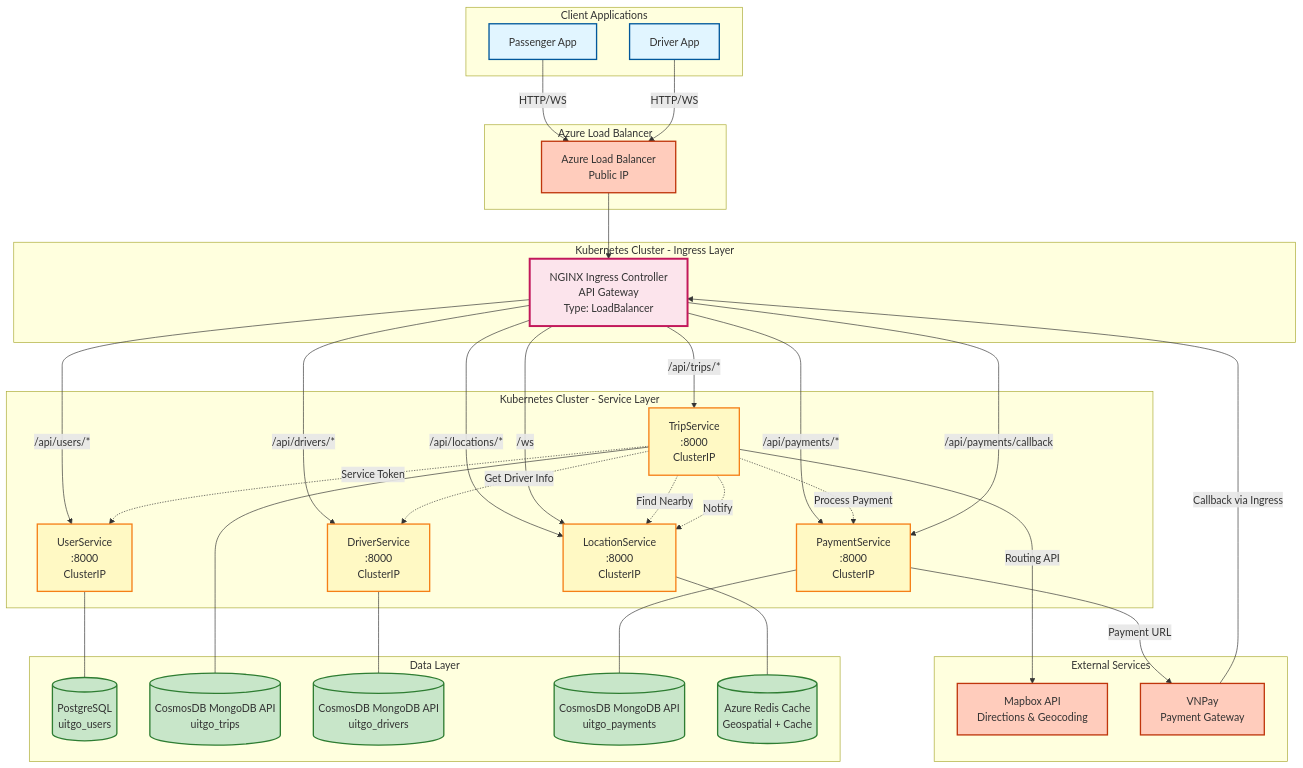
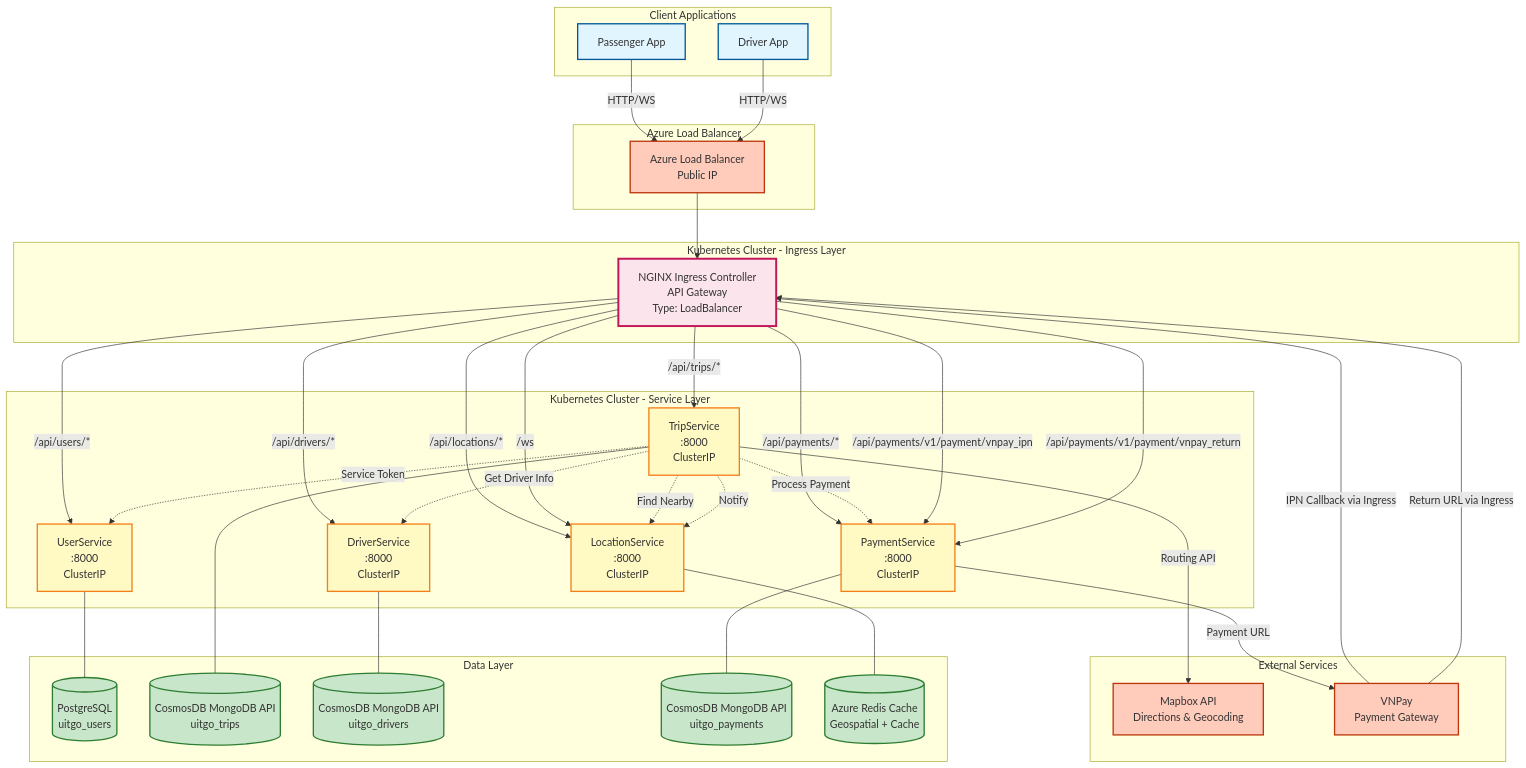
One commit to luuquanghuy-ui/se360-uit-go changed the fourth of 8 diagrams in docs/ARCHITECTURE.md. Above: the diagram before and after it, drawn with Mermaid. The commit also changed other lines of this file and 3 other files, not shown here.

```diff
--- a/docs/ARCHITECTURE.md
+++ b/docs/ARCHITECTURE.md
@@ -270,8 +277,10 @@
     TS -->|Routing API| MAPBOX
 
     PS -->|Payment URL| VNPAY
-    VNPAY -->|Callback via Ingress| INGRESS
-    INGRESS -->|/api/payments/callback| PS
+    VNPAY -->|IPN Callback via Ingress| INGRESS
+    INGRESS -->|/api/payments/v1/payment/vnpay_ipn| PS
+    VNPAY -->|Return URL via Ingress| INGRESS
+    INGRESS -->|/api/payments/v1/payment/vnpay_return| PS
 
     %% Database connections
     US --- POSTGRES
```
